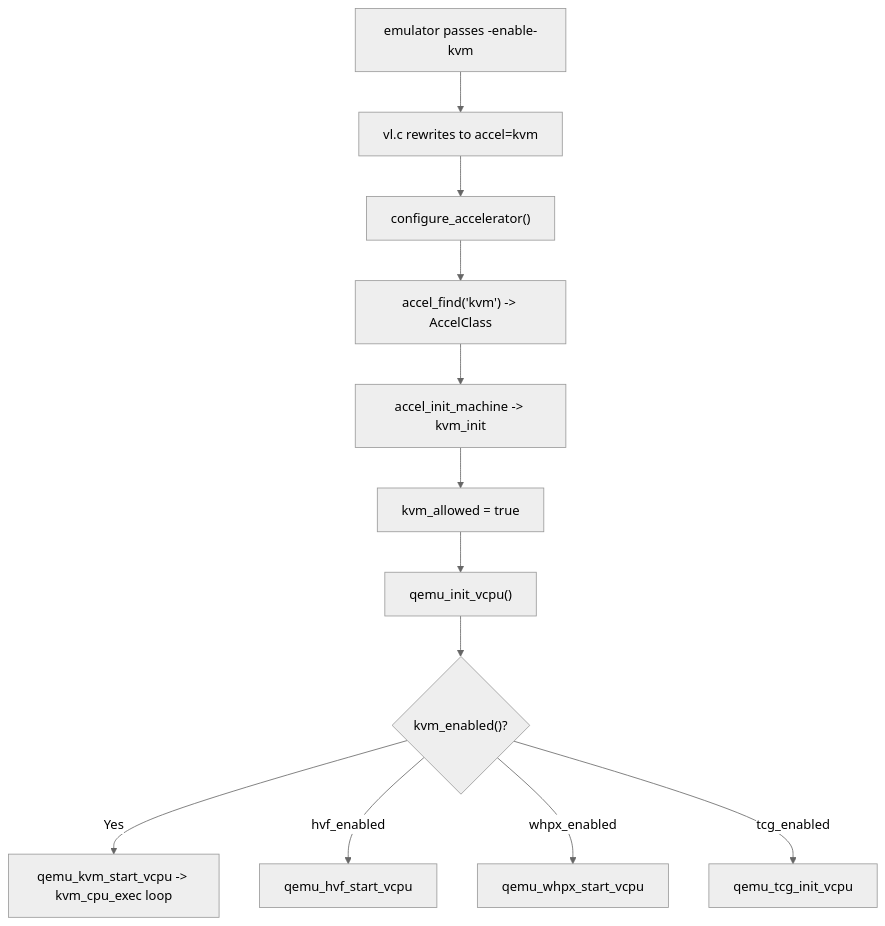
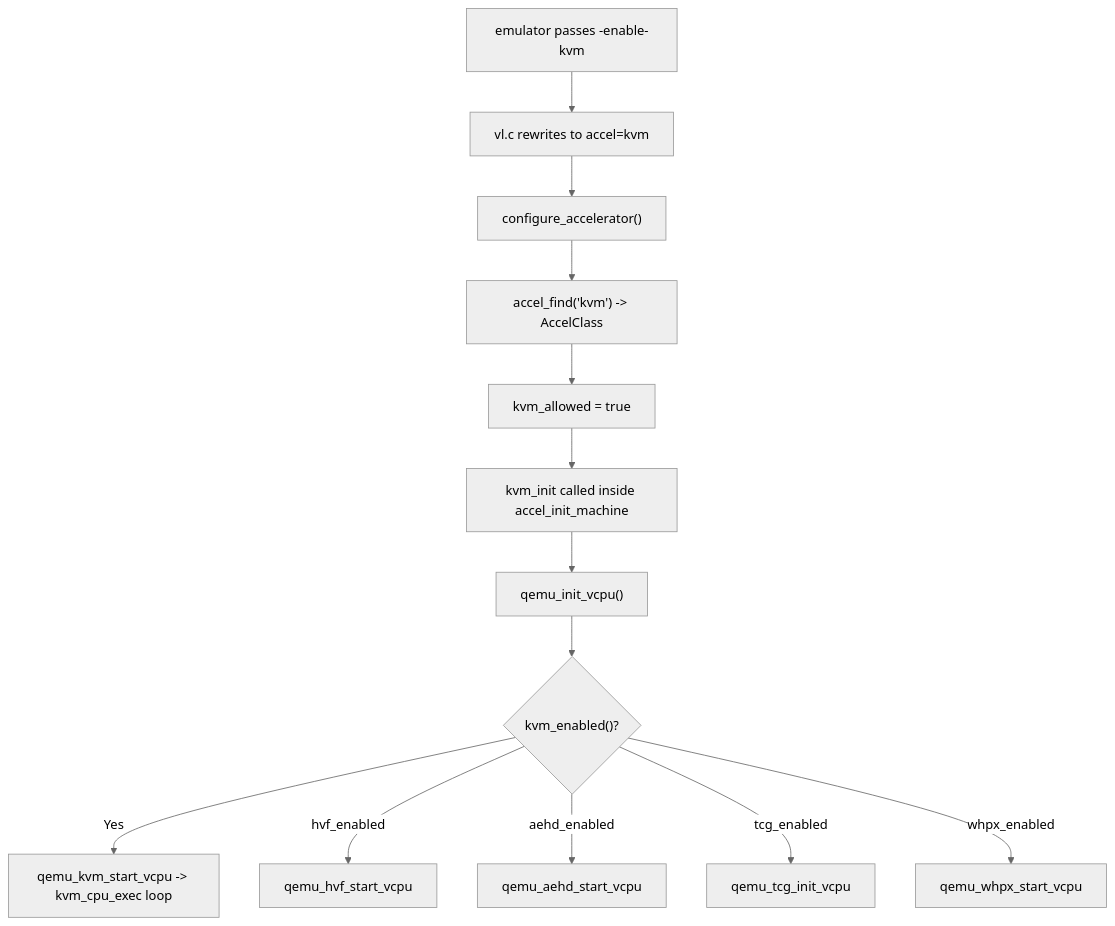
One commit to aospbooks/android-emulator-internal-book changed the fifth of 6 diagrams in 05-cpu-acceleration.md. Above: the diagram before and after it, drawn with Mermaid (neutral theme). The commit also changed other lines of this file and 31 other files, not shown here.

````diff
--- a/05-cpu-acceleration.md
+++ b/05-cpu-acceleration.md
@@ -549,14 +550,15 @@
 ```mermaid
 flowchart TD
     FLAG["emulator passes -enable-kvm"] --> VL["vl.c rewrites to accel=kvm"]
     VL --> CONF["configure_accelerator()"]
     CONF --> FIND["accel_find('kvm') -> AccelClass"]
-    FIND --> INIT["accel_init_machine -> kvm_init"]
-    INIT --> ALLOW["kvm_allowed = true"]
-    ALLOW --> QV["qemu_init_vcpu()"]
+    FIND --> ALLOW["kvm_allowed = true"]
+    ALLOW --> INIT["kvm_init called inside accel_init_machine"]
+    INIT --> QV["qemu_init_vcpu()"]
     QV --> DISP{"kvm_enabled()?"}
     DISP -->|Yes| KT["qemu_kvm_start_vcpu -> kvm_cpu_exec loop"]
     DISP -->|hvf_enabled| HT["qemu_hvf_start_vcpu"]
+    DISP -->|aehd_enabled| AT["qemu_aehd_start_vcpu"]
+    DISP -->|tcg_enabled| TT["qemu_tcg_init_vcpu"]
     DISP -->|whpx_enabled| WT["qemu_whpx_start_vcpu"]
-    DISP -->|tcg_enabled| TT["qemu_tcg_init_vcpu"]
 ```
````
